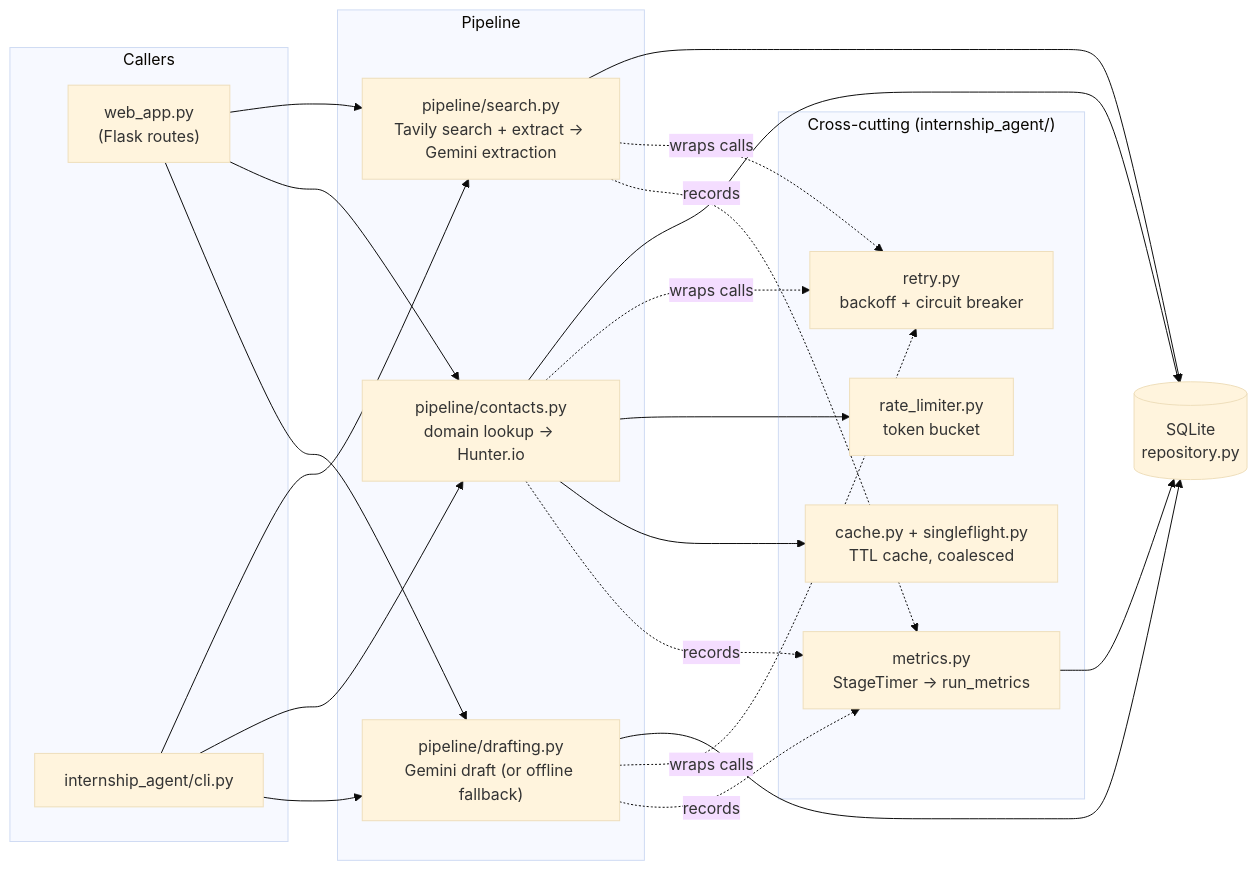
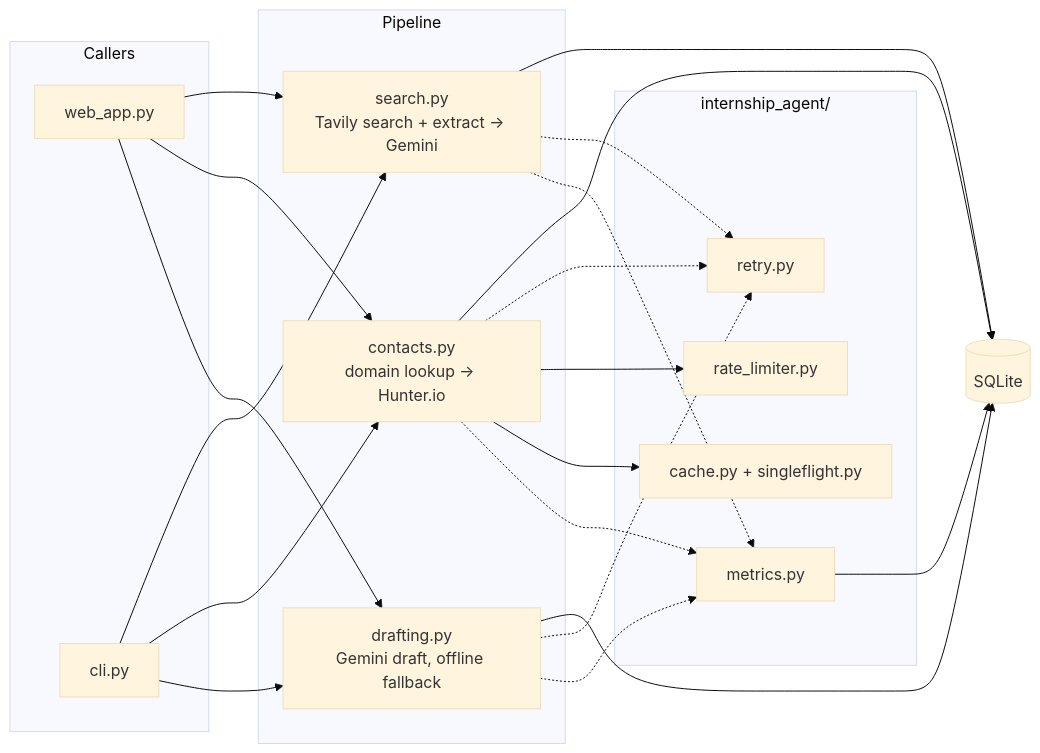
Before and after one commit to ksm0712/internship-agent: the first of 2 diagrams in ARCHITECTURE.md, drawn with Mermaid (base theme). The commit also changed other lines of this file and 39 other files, not shown here.

````diff
--- a/ARCHITECTURE.md
+++ b/ARCHITECTURE.md
@@ -7,42 +7,31 @@
 ```mermaid
 flowchart LR
     subgraph Callers
-        WebApp["web_app.py<br/>(Flask routes)"]
-        CLI["internship_agent/cli.py"]
+        WebApp["web_app.py"]
+        CLI["cli.py"]
     end
 
     subgraph Pipeline
-        Search["pipeline/search.py<br/>Tavily search + extract → Gemini extraction"]
-        Contacts["pipeline/contacts.py<br/>domain lookup → Hunter.io"]
-        Draft["pipeline/drafting.py<br/>Gemini draft (or offline fallback)"]
+        Search["search.py<br/>Tavily search + extract → Gemini"]
+        Contacts["contacts.py<br/>domain lookup → Hunter.io"]
+        Draft["drafting.py<br/>Gemini draft, offline fallback"]
     end
 
-    subgraph "Cross-cutting (internship_agent/)"
-        Retry["retry.py<br/>backoff + circuit breaker"]
-        RateLimit["rate_limiter.py<br/>token bucket"]
-        Cache["cache.py + singleflight.py<br/>TTL cache, coalesced"]
-        Metrics["metrics.py<br/>StageTimer → run_metrics"]
+    subgraph "internship_agent/"
+        Retry["retry.py"]
+        RateLimit["rate_limiter.py"]
+        Cache["cache.py + singleflight.py"]
+        Metrics["metrics.py"]
     end
 
-    DB[("SQLite<br/>repository.py")]
+    DB[("SQLite")]
 
-    WebApp --> Search
-    WebApp --> Contacts
-    WebApp --> Draft
-    CLI --> Search
-    CLI --> Contacts
-    CLI --> Draft
-
-    Search --> DB
-    Contacts --> DB
-    Draft --> DB
-    Search -. wraps calls .-> Retry
-    Contacts -. wraps calls .-> Retry
-    Draft -. wraps calls .-> Retry
+    WebApp --> Search & Contacts & Draft
+    CLI --> Search & Contacts & Draft
+    Search & Contacts & Draft --> DB
+    Search & Contacts & Draft -.-> Retry
     Contacts --> RateLimit
     Contacts --> Cache
-    Search -.records.-> Metrics
-    Contacts -.records.-> Metrics
-    Draft -.records.-> Metrics
+    Search & Contacts & Draft -.-> Metrics
     Metrics --> DB
 ```
````
